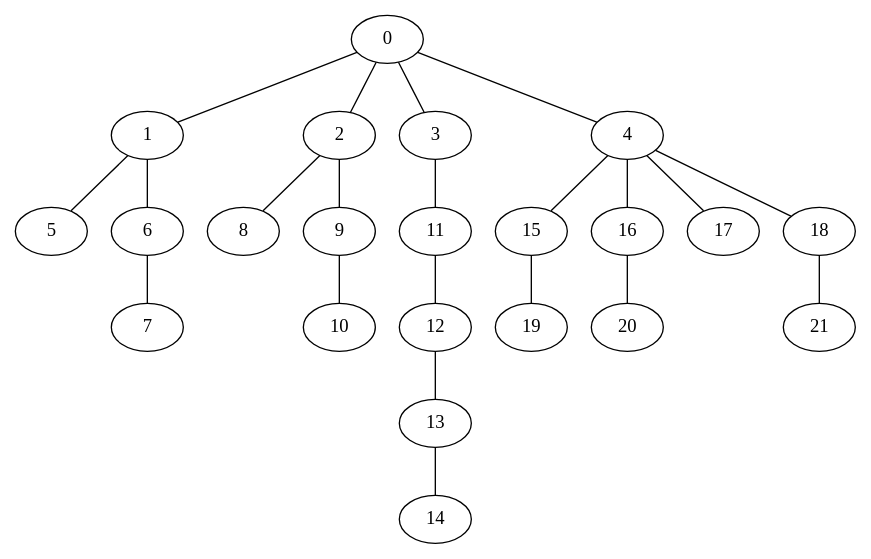
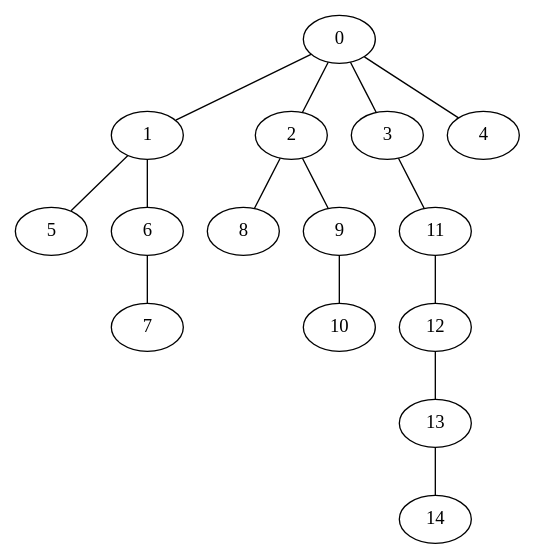
The diagram in pygrapghviz.dot (VillegasGG/greedy-firefighter-problem), drawn with Graphviz before and after one commit. The commit also changed 4 other files, not shown here.

```diff
--- a/pygrapghviz.dot
+++ b/pygrapghviz.dot
@@ -1,23 +1,16 @@
 strict graph "" {
 	0 -- 1;
 	0 -- 2;
 	0 -- 3;
 	0 -- 4;
 	1 -- 5;
 	1 -- 6;
 	2 -- 8;
 	2 -- 9;
 	3 -- 11;
-	4 -- 15;
-	4 -- 16;
-	4 -- 17;
-	4 -- 18;
-	15 -- 19;
-	16 -- 20;
-	18 -- 21;
 	11 -- 12;
 	12 -- 13;
 	13 -- 14;
 	9 -- 10;
 	6 -- 7;
 }
```
